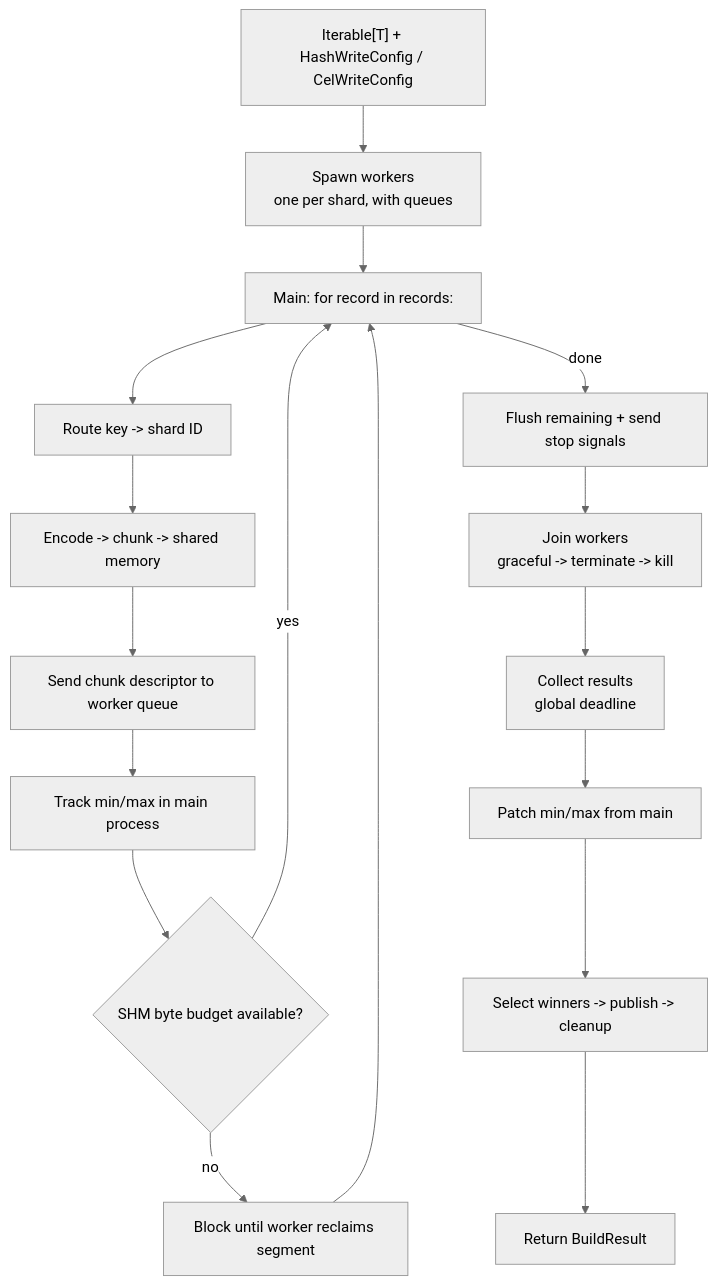
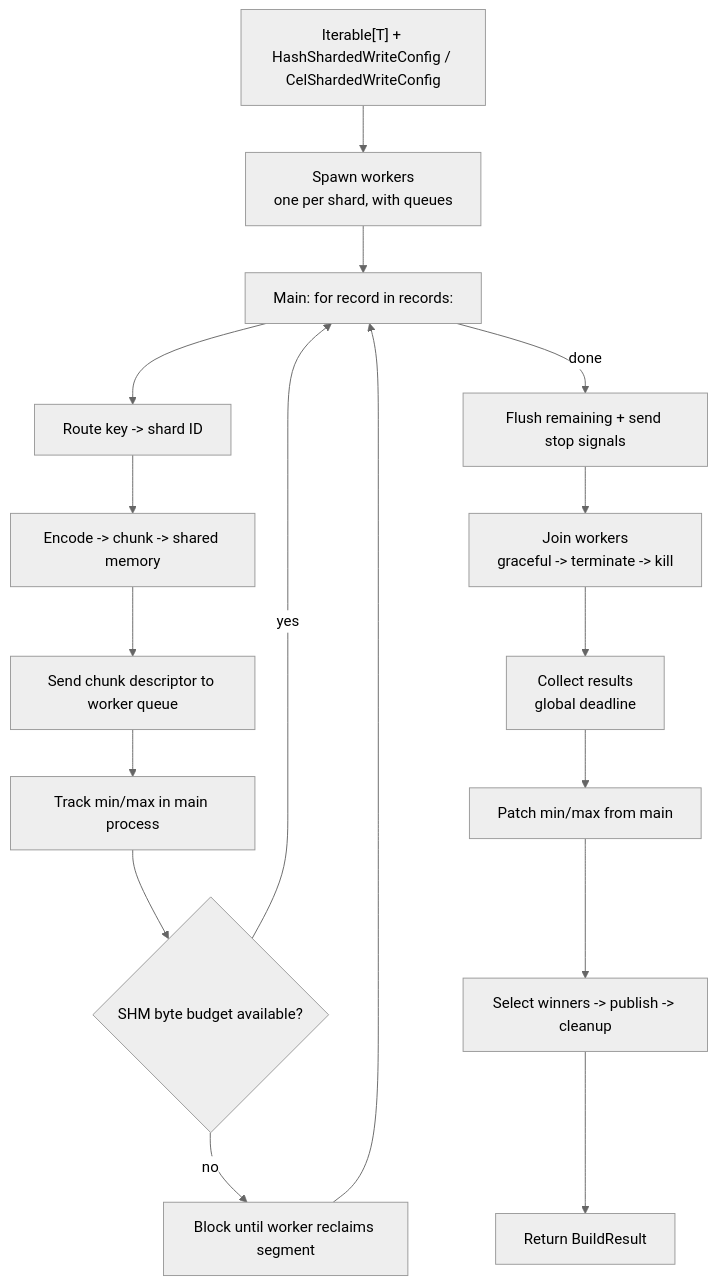
The second of 2 diagrams in docs/use-cases/kv-storage/build/python.md (elkin/shardyfusion), drawn with Mermaid (neutral theme) before and after one commit. The commit also changed other lines of this file and 27 other files, not shown here.

````diff
--- a/docs/use-cases/kv-storage/build/python.md
+++ b/docs/use-cases/kv-storage/build/python.md
@@ -122,19 +126,19 @@
 ```mermaid
 flowchart TD
-    A["Iterable[T] + HashWriteConfig / CelWriteConfig"] --> B["Spawn workers<br/>one per shard, with queues"]
+    A["Iterable[T] + HashShardedWriteConfig / CelShardedWriteConfig"] --> B["Spawn workers<br/>one per shard, with queues"]
     B --> C["Main: for record in records:"]
     C --> D["Route key -> shard ID"]
     D --> E["Encode -> chunk -> shared memory"]
     E --> F["Send chunk descriptor to worker queue"]
     F --> G["Track min/max in main process"]
     G --> H{"SHM byte budget available?"}
     H -->|yes| C
     H -->|no| I["Block until worker reclaims segment"]
     I --> C
     C -->|done| J["Flush remaining + send stop signals"]
     J --> K["Join workers<br/>graceful -> terminate -> kill"]
     K --> L["Collect results<br/>global deadline"]
     L --> M["Patch min/max from main"]
     M --> N["Select winners -> publish -> cleanup"]
     N --> O[Return BuildResult]
 ```
````
